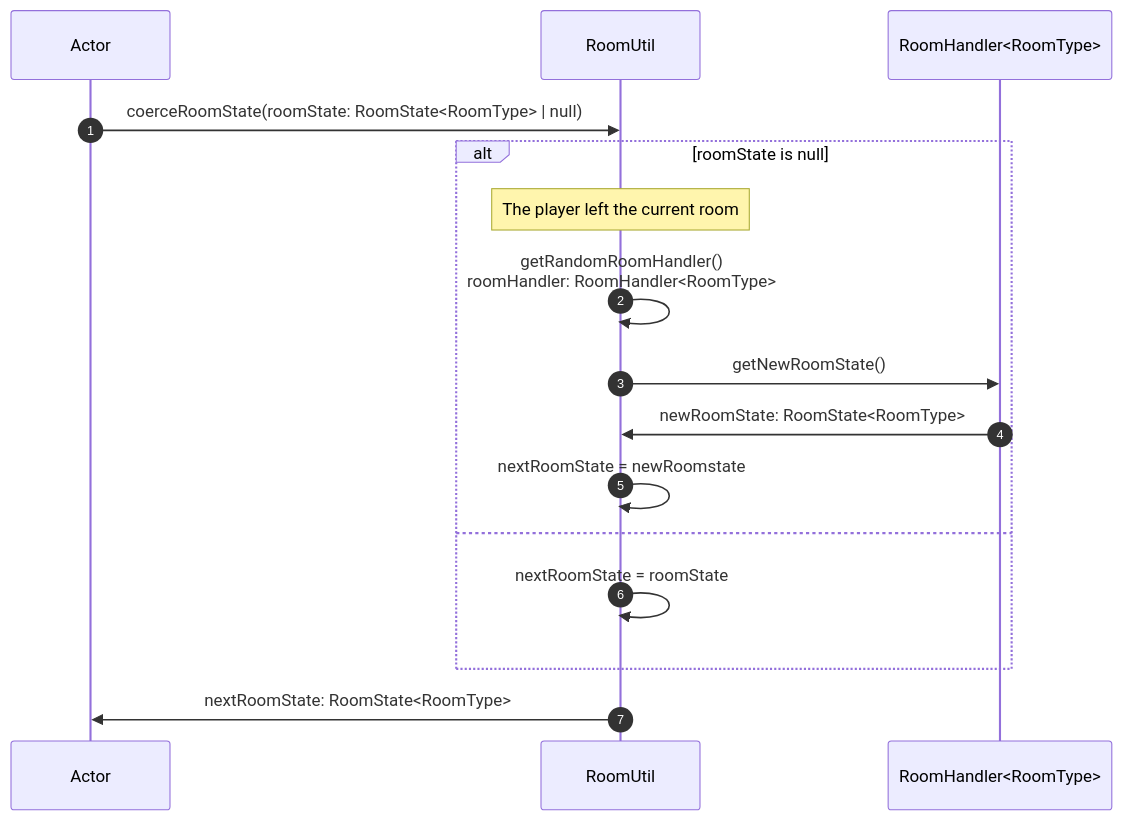
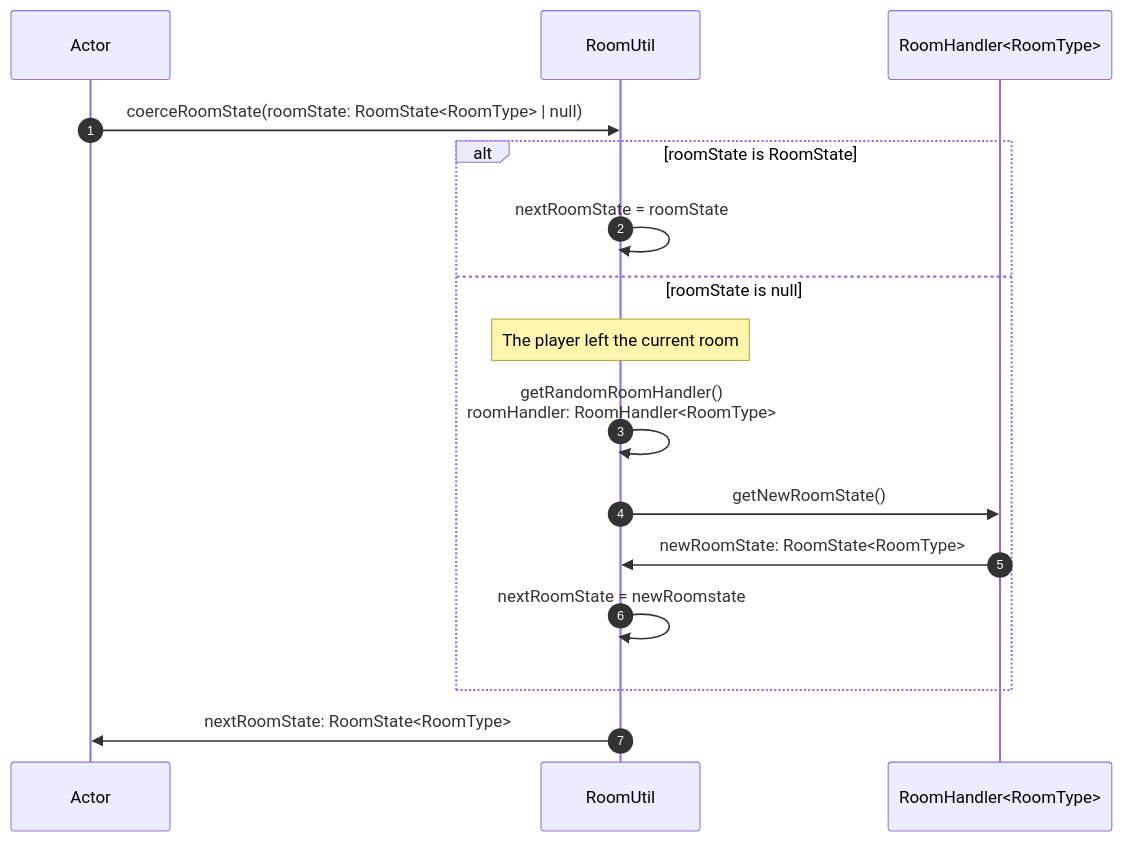
Before and after one commit to normal-devs/klicker-knight: the first of 4 diagrams in docs/architecture/roomUtil.md, drawn with Mermaid. The commit also changed 1 other file, not shown here.

Commit message:
Swap mermaid alt and else to have expected situation on top

````diff
--- a/docs/architecture/roomUtil.md
+++ b/docs/architecture/roomUtil.md
@@ -11,23 +11,23 @@
 ```mermaid
 sequenceDiagram
   autonumber
 
   participant A as Actor
   participant RU as RoomUtil
   participant RH as RoomHandler<RoomType>
 
   A ->> RU: coerceRoomState(roomState: RoomState<RoomType> | null)
 
-  alt roomState is null
+  alt roomState is RoomState
+    RU ->> RU: nextRoomState = roomState
+  else roomState is null
     note over RU: The player left the current room
 
     RU ->> RU: getRandomRoomHandler() <br> roomHandler: RoomHandler<RoomType>
     RU ->> RH: getNewRoomState()
     RH ->> RU: newRoomState: RoomState<RoomType>
     RU ->> RU: nextRoomState = newRoomstate
-  else
-    RU ->> RU: nextRoomState = roomState
   end
 
   RU ->> A: nextRoomState: RoomState<RoomType>
 ```
````
